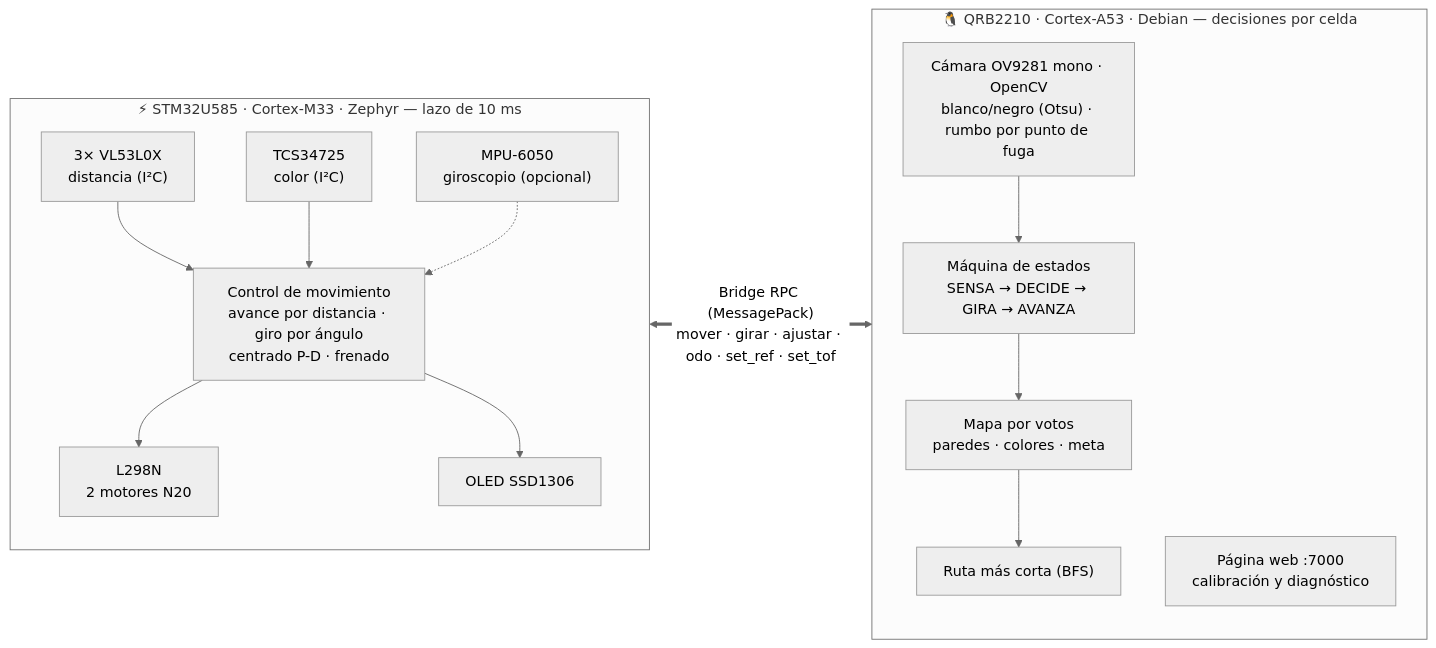
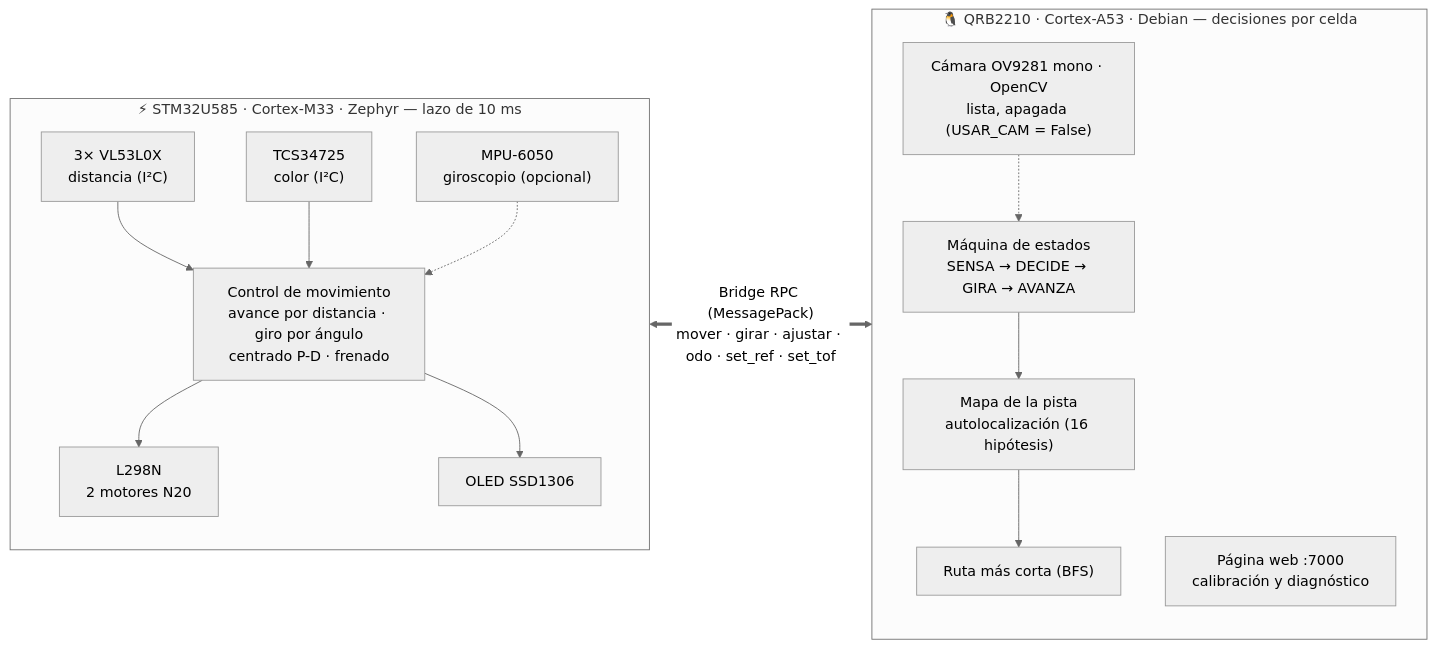
Before and after one commit to Happenedspice17/sumo-v-ia: the first of 2 diagrams in README.md, drawn with Mermaid (neutral theme). The commit also changed other lines of this file, not shown here.

First line of the commit message:
README: estrategia actual, manual para jueces, cámara apagada, simulador

````diff
--- a/README.md
+++ b/README.md
@@ -62,19 +63,19 @@
 ```mermaid
 flowchart LR
     subgraph RT["⚡ STM32U585 · Cortex-M33 · Zephyr — lazo de 10 ms"]
         direction TB
         TOF["3× VL53L0X<br/>distancia (I²C)"] --> CTRL
         TCS["TCS34725<br/>color (I²C)"] --> CTRL
         MPU["MPU-6050<br/>giroscopio (opcional)"] -.-> CTRL
         CTRL["Control de movimiento<br/>avance por distancia · giro por ángulo<br/>centrado P-D · frenado"] --> MOT["L298N<br/>2 motores N20"]
         CTRL --> OLED["OLED SSD1306"]
     end
     subgraph AP["🐧 QRB2210 · Cortex-A53 · Debian — decisiones por celda"]
         direction TB
-        FSM["Máquina de estados<br/>SENSA → DECIDE → GIRA → AVANZA"] --> MAPA["Mapa por votos<br/>paredes · colores · meta"]
+        FSM["Máquina de estados<br/>SENSA → DECIDE → GIRA → AVANZA"] --> MAPA["Mapa de la pista<br/>autolocalización (16 hipótesis)"]
         MAPA --> BFS["Ruta más corta (BFS)"]
-        CAM["Cámara OV9281 mono · OpenCV<br/>blanco/negro (Otsu) · rumbo por punto de fuga"] --> FSM
+        CAM["Cámara OV9281 mono · OpenCV<br/>lista, apagada (USAR_CAM = False)"] -.-> FSM
         WEB["Página web :7000<br/>calibración y diagnóstico"]
     end
     CTRL <== "Bridge RPC (MessagePack)<br/>mover · girar · ajustar · odo · set_ref · set_tof" ==> FSM
 ```
````
